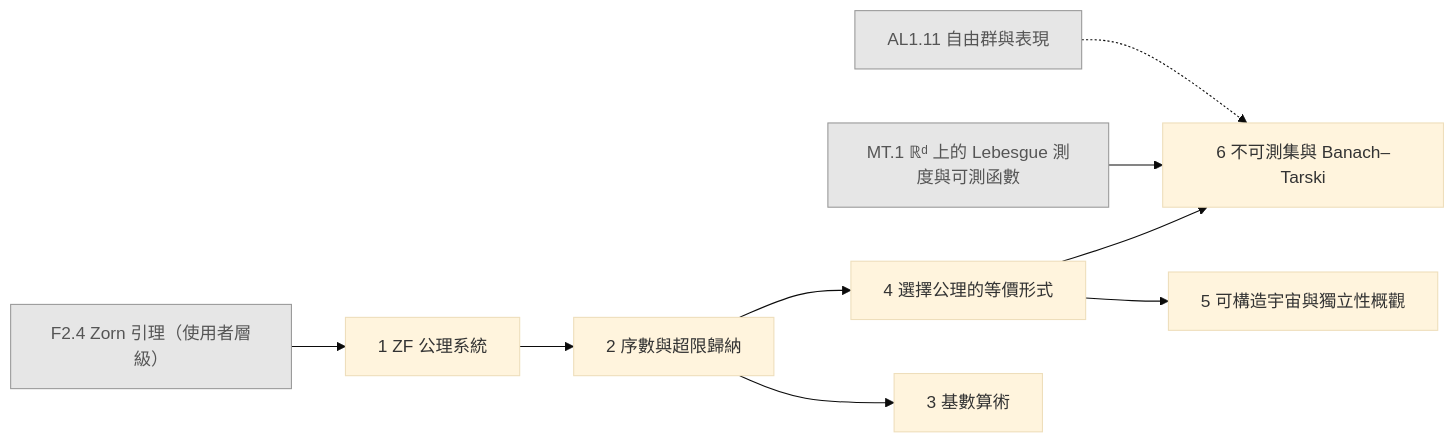
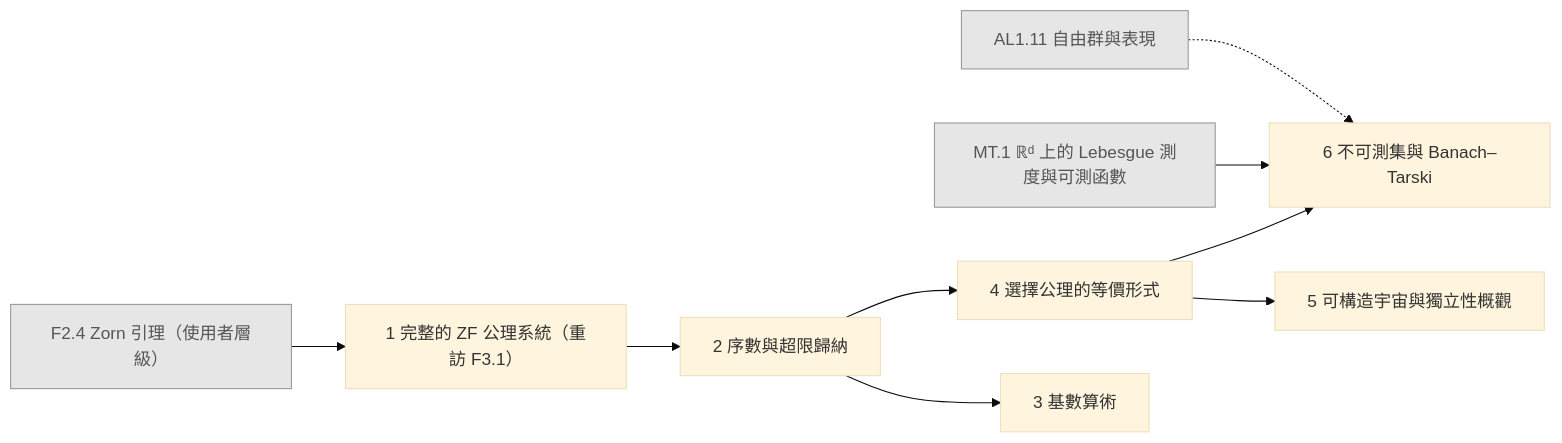
One commit to AkizumiFox/math-atlas changed the diagram in generated/chapters/ST.mmd. Above: the diagram before and after it, drawn with Mermaid (base theme). The commit also changed 6 other files, not shown here.

```diff
--- a/generated/chapters/ST.mmd
+++ b/generated/chapters/ST.mmd
@@ -1,21 +1,21 @@
 flowchart LR
   F2_4["F2.4 Zorn 引理（使用者層級）"]:::ext
   AL1_11["AL1.11 自由群與表現"]:::ext
   MT_1["MT.1 ℝᵈ 上的 Lebesgue 測度與可測函數"]:::ext
-  ST_1["1 ZF 公理系統"]
+  ST_1["1 完整的 ZF 公理系統（重訪 F3.1）"]
   ST_2["2 序數與超限歸納"]
   ST_3["3 基數算術"]
   ST_4["4 選擇公理的等價形式"]
   ST_5["5 可構造宇宙與獨立性概觀"]
   ST_6["6 不可測集與 Banach–Tarski"]
   F2_4 --> ST_1
   ST_1 --> ST_2
   ST_2 --> ST_3
   ST_2 --> ST_4
   ST_4 --> ST_5
   AL1_11 -.-> ST_6
   MT_1 --> ST_6
   ST_4 --> ST_6
   classDef ext fill:#e6e6e6,stroke:#999,color:#555
   classDef opt fill:#fff,stroke:#999,stroke-dasharray:4 3,color:#555
   classDef segb fill:#f6f6fb,stroke:#99a,color:#333
```
